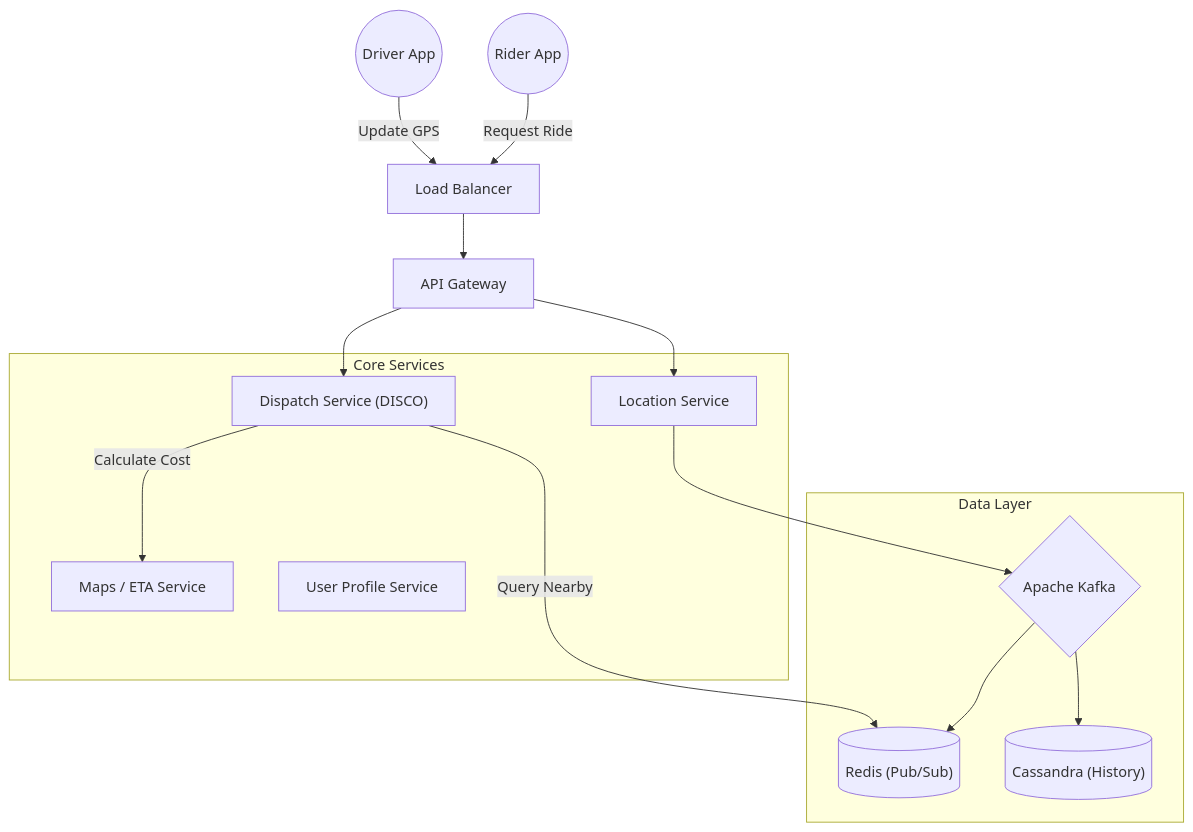
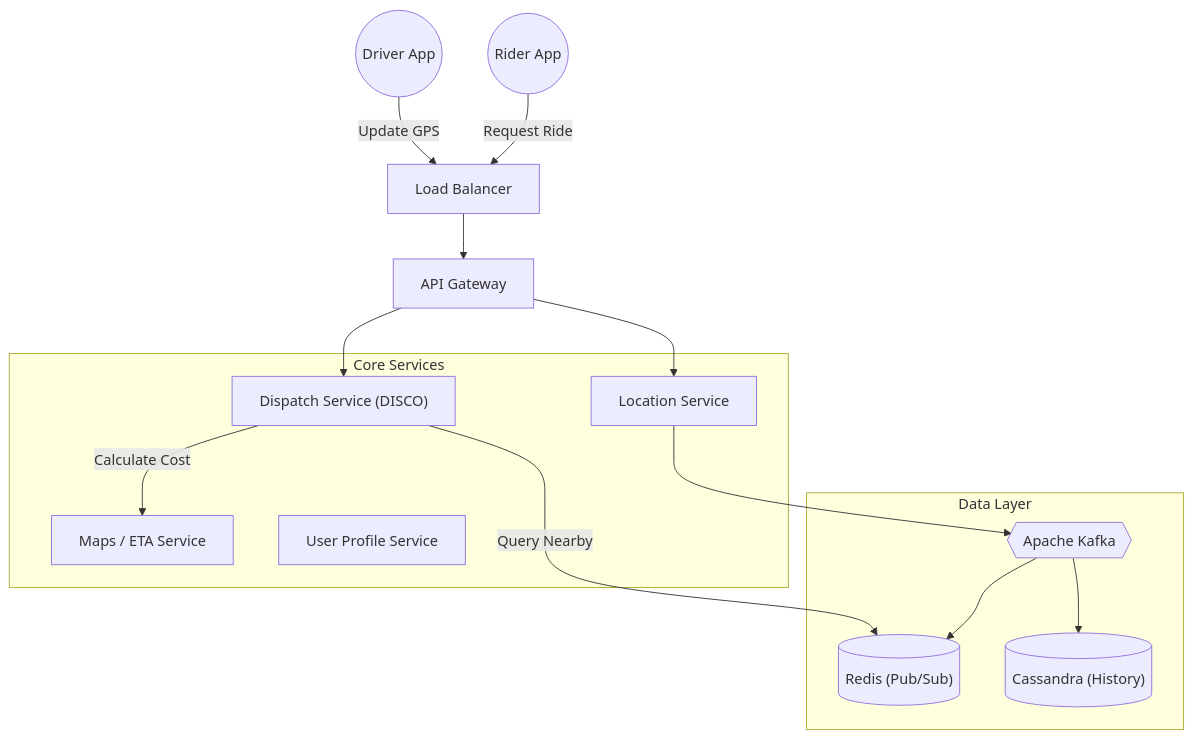
Before and after one commit to harshitha-8/uber-backend-architecture-breakdown: the first of 4 diagrams in README.md, drawn with Mermaid. The commit also changed other lines of this file, not shown here.

First line of the commit message:
Fix formatting in Mermaid diagrams

````diff
--- a/README.md
+++ b/README.md
@@ -34,41 +34,41 @@
 ```mermaid
 graph TD
     %% Actors
-    Rider((Rider App))
-    Driver((Driver App))
+    Rider(("Rider App"))
+    Driver(("Driver App"))
 
     %% Load Balancer
-    LB[Load Balancer]
+    LB["Load Balancer"]
 
     %% Gateway
-    API[API Gateway]
+    API["API Gateway"]
 
     %% Services
     subgraph "Core Services"
         LocationSvc["Location Service"]
         DispatchSvc["Dispatch Service (DISCO)"]
         MapSvc["Maps / ETA Service"]
         UserProfile["User Profile Service"]
     end
 
     %% Data Stores
     subgraph "Data Layer"
         Redis[("Redis (Pub/Sub)")]
         Cassandra[("Cassandra (History)")]
-        Kafka{Apache Kafka}
+        Kafka{{"Apache Kafka"}}
     end
 
     %% Flows
     Rider -->|Request Ride| LB
     Driver -->|Update GPS| LB
     LB --> API
     
     API --> LocationSvc
     LocationSvc --> Kafka
     Kafka --> Redis
     Kafka --> Cassandra
     
     API --> DispatchSvc
     DispatchSvc -->|Query Nearby| Redis
     DispatchSvc -->|Calculate Cost| MapSvc
 ```
````
